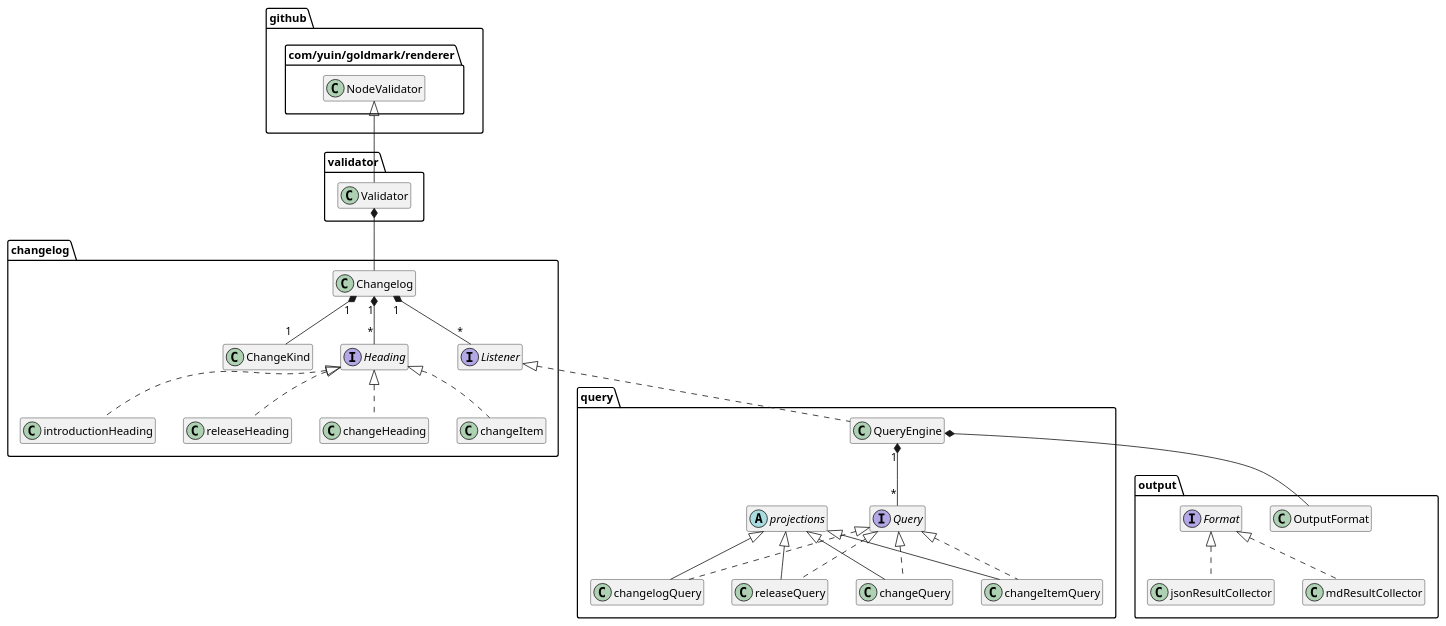
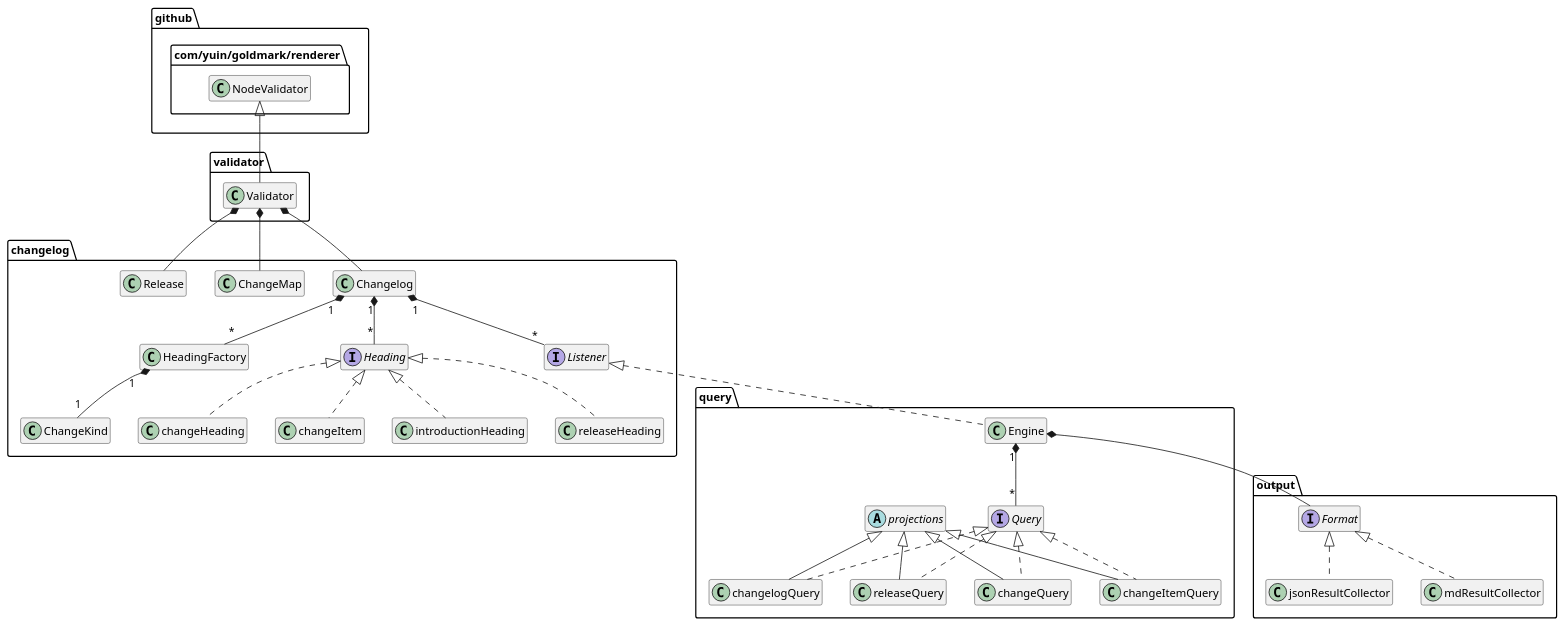
One commit to denisa/clq changed the diagram in docs/class_diagram.puml. Above: the diagram before and after it, drawn with PlantUML.

Commit message:
360: fix renamed classes

```diff
--- a/docs/class_diagram.puml
+++ b/docs/class_diagram.puml
@@ -1,36 +1,39 @@
 @startuml
 ' https://plantuml.com/class-diagram
 hide empty members
 
 "github.com/yuin/goldmark/renderer.NodeValidator" <|-- validator.Validator
 
 validator.Validator *-- changelog.Changelog
+validator.Validator *-- changelog.ChangeMap
+validator.Validator *-- changelog.Release
 
-changelog.Changelog "1" *-- "1" changelog.ChangeKind
+changelog.HeadingFactory "1" *-- "1" changelog.ChangeKind
 changelog.Changelog "1" *-- "*" changelog.Heading
+changelog.Changelog "1" *-- "*" changelog.HeadingFactory
 changelog.Changelog "1" *-- "*" changelog.Listener
 changelog.Heading <|.. changelog.changeHeading
 changelog.Heading <|.. changelog.changeItem
 changelog.Heading <|.. changelog.introductionHeading
 changelog.Heading <|.. changelog.releaseHeading
-changelog.Listener <|.. query.QueryEngine
+changelog.Listener <|.. query.Engine
 interface changelog.Heading
 interface changelog.Listener
 
-query.QueryEngine *-- output.OutputFormat
-query.QueryEngine "1" *-- "*" query.Query
+query.Engine *-- output.Format
+query.Engine "1" *-- "*" query.Query
 query.Query <|.. query.changelogQuery
 query.Query <|.. query.releaseQuery
 query.Query <|.. query.changeQuery
 query.Query <|.. query.changeItemQuery
 query.projections <|-- query.changelogQuery
 query.projections <|-- query.releaseQuery
 query.projections <|-- query.changeQuery
 query.projections <|-- query.changeItemQuery
 abstract query.projections
 interface query.Query
 
 output.Format <|.. output.jsonResultCollector
 output.Format <|.. output.mdResultCollector
 interface output.Format
 @enduml
```
